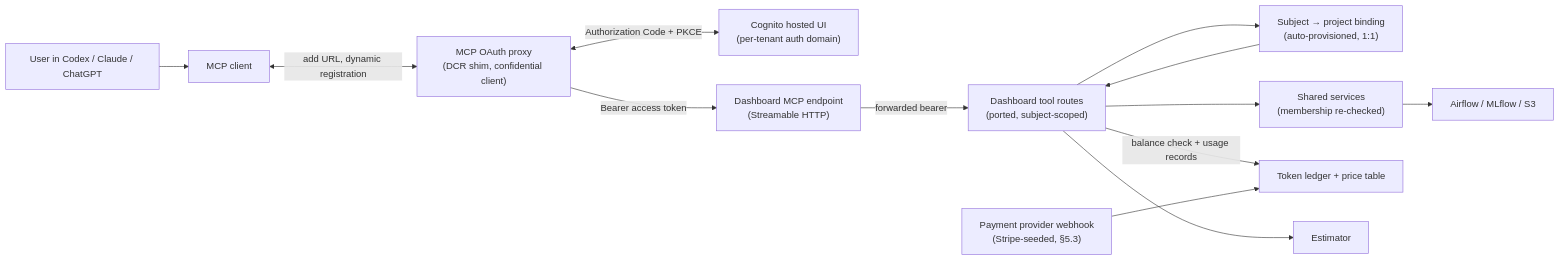
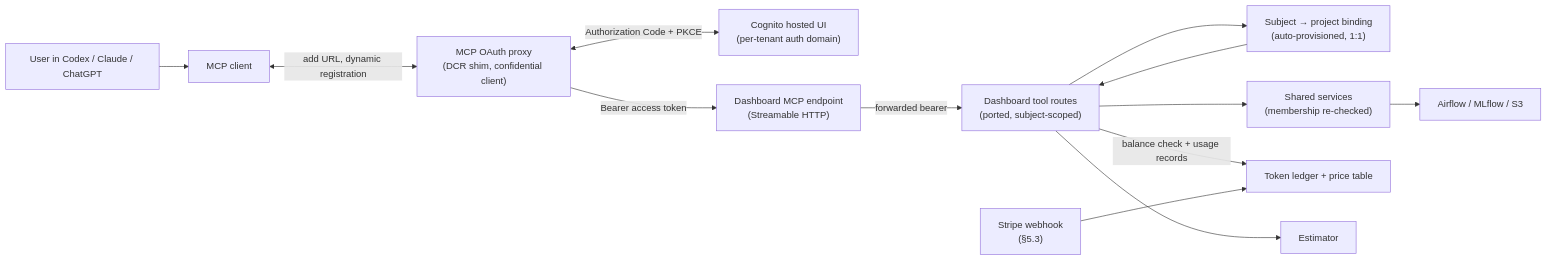
The diagram in DESIGN.md (helicalAI/heli-plugin), drawn with Mermaid before and after one commit. The commit also changed other lines of this file and 3 other files, not shown here.

````diff
--- a/DESIGN.md
+++ b/DESIGN.md
@@ -211,28 +213,28 @@
 ```mermaid
 flowchart LR
     U["User in Codex / Claude / ChatGPT"]
     H["MCP client"]
     A["Cognito hosted UI<br/>(per-tenant auth domain)"]
     X["MCP OAuth proxy<br/>(DCR shim, confidential client)"]
     M["Dashboard MCP endpoint<br/>(Streamable HTTP)"]
     D["Dashboard tool routes<br/>(ported, subject-scoped)"]
     B["Subject → project binding<br/>(auto-provisioned, 1:1)"]
     S["Shared services<br/>(membership re-checked)"]
     L["Token ledger + price table"]
     E["Estimator"]
     P["Airflow / MLflow / S3"]
-    W["Payment provider webhook<br/>(Stripe-seeded, §5.3)"]
+    W["Stripe webhook<br/>(§5.3)"]
 
     U --> H
     H <-->|"add URL, dynamic registration"| X
     X <-->|"Authorization Code + PKCE"| A
     X -->|"Bearer access token"| M
     M -->|"forwarded bearer"| D
     D --> B
     B --> D
     D --> S
     S --> P
     D --> E
     D -->|"balance check + usage records"| L
     W --> L
 ```
````
